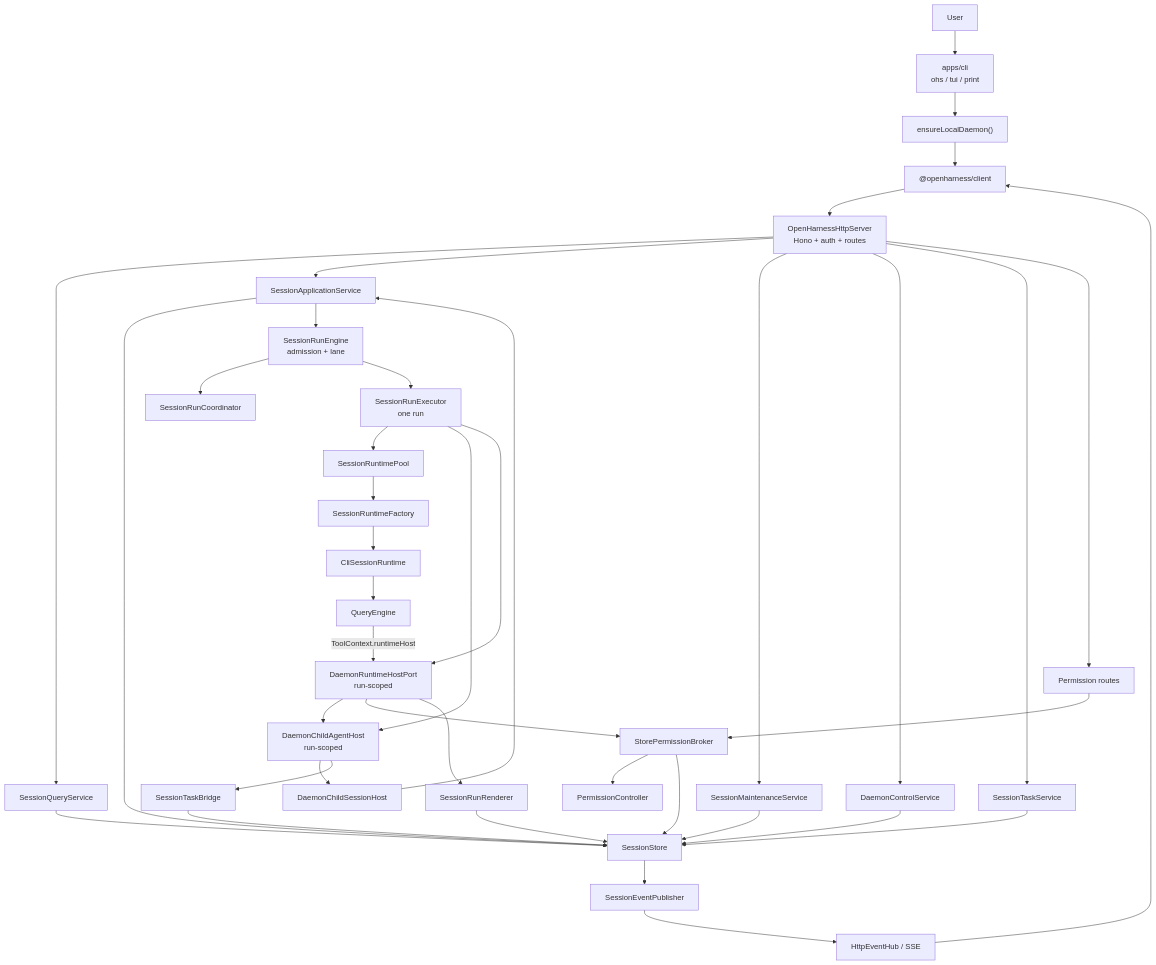
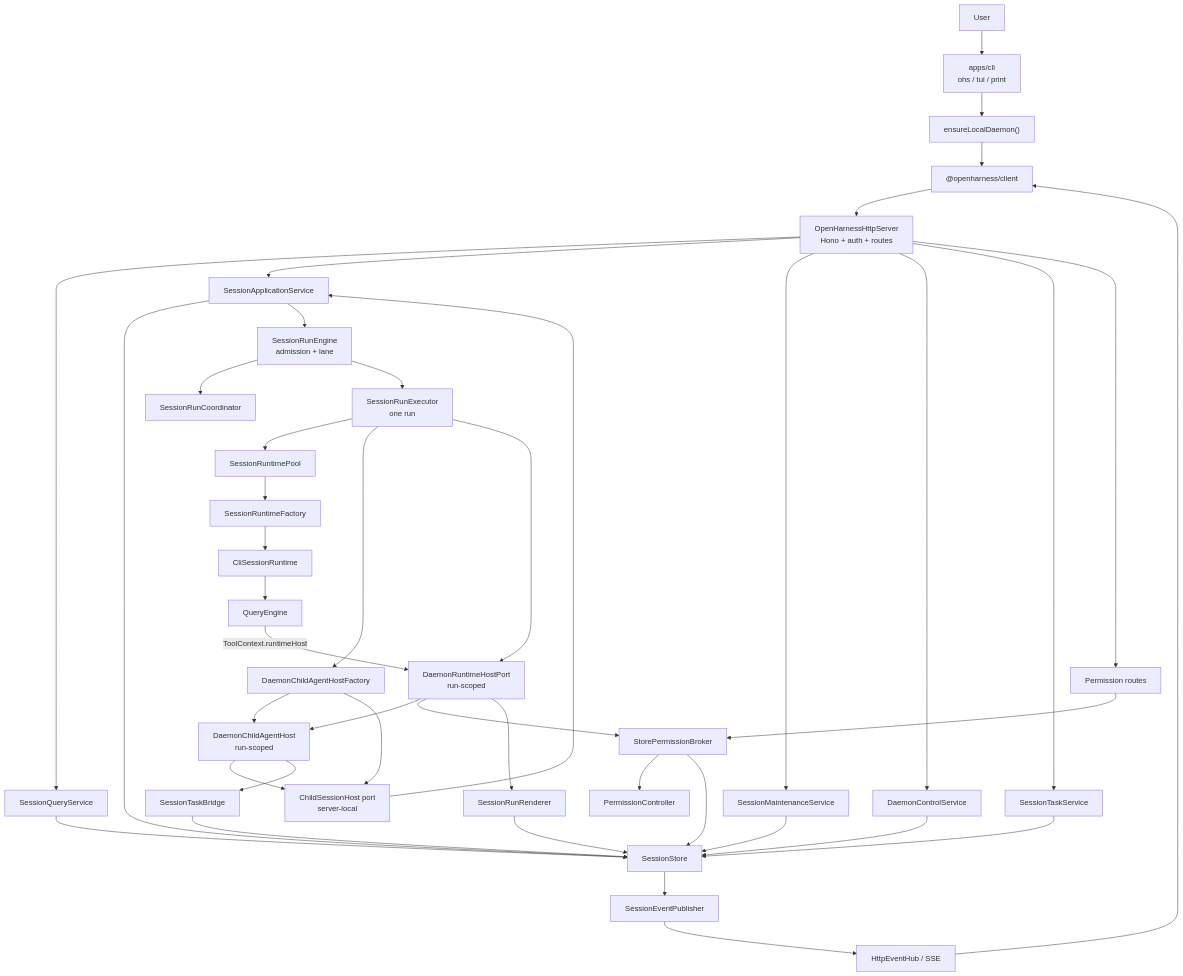
One commit to rzx007/openharness-ts changed the first of 5 diagrams in docs/daemon-runtime-flow-map.md. Above: the diagram before and after it, drawn with Mermaid. The commit also changed other lines of this file and 9 other files, not shown here.

Commit message:
refactor(server): fold child session adapter into host factory

````diff
--- a/docs/daemon-runtime-flow-map.md
+++ b/docs/daemon-runtime-flow-map.md
@@ -19,49 +19,51 @@
 ```mermaid
 flowchart TD
   user["User"] --> cli["apps/cli<br/>ohs / tui / print"]
   cli --> ensure["ensureLocalDaemon()"]
   ensure --> client["@openharness/client"]
   client --> http["OpenHarnessHttpServer<br/>Hono + auth + routes"]
 
   http --> querySvc["SessionQueryService"]
   http --> appSvc["SessionApplicationService"]
   http --> maintSvc["SessionMaintenanceService"]
   http --> controlSvc["DaemonControlService"]
   http --> taskSvc["SessionTaskService"]
   http --> permRoutes["Permission routes"]
 
   querySvc --> store["SessionStore"]
   appSvc --> store
   maintSvc --> store
   controlSvc --> store
   taskSvc --> store
 
   appSvc --> engine["SessionRunEngine<br/>admission + lane"]
   engine --> lane["SessionRunCoordinator"]
   engine --> executor["SessionRunExecutor<br/>one run"]
   executor --> pool["SessionRuntimePool"]
   pool --> factory["SessionRuntimeFactory"]
   factory --> runtime["CliSessionRuntime"]
   runtime --> qe["QueryEngine"]
 
-  executor --> childAgentHost["DaemonChildAgentHost<br/>run-scoped"]
+  executor --> childFactory["DaemonChildAgentHostFactory"]
+  childFactory --> childAgentHost["DaemonChildAgentHost<br/>run-scoped"]
   executor --> runtimeHost["DaemonRuntimeHostPort<br/>run-scoped"]
   qe -->|"ToolContext.runtimeHost"| runtimeHost
   runtimeHost --> childAgentHost
 
-  childAgentHost --> childSessionHost["DaemonChildSessionHost"]
-  childSessionHost --> appSvc
+  childFactory --> childSessionPort["ChildSessionHost port<br/>server-local"]
+  childAgentHost --> childSessionPort
+  childSessionPort --> appSvc
   childAgentHost --> taskBridge["SessionTaskBridge"]
   taskBridge --> store
 
   runtimeHost --> permissionBroker["StorePermissionBroker"]
   permissionBroker --> permissionController["PermissionController"]
   permissionBroker --> store
   permRoutes --> permissionBroker
 
   runtimeHost --> renderer["SessionRunRenderer"]
   renderer --> store
   store --> publisher["SessionEventPublisher"]
   publisher --> hub["HttpEventHub / SSE"]
   hub --> client
 ```
````
